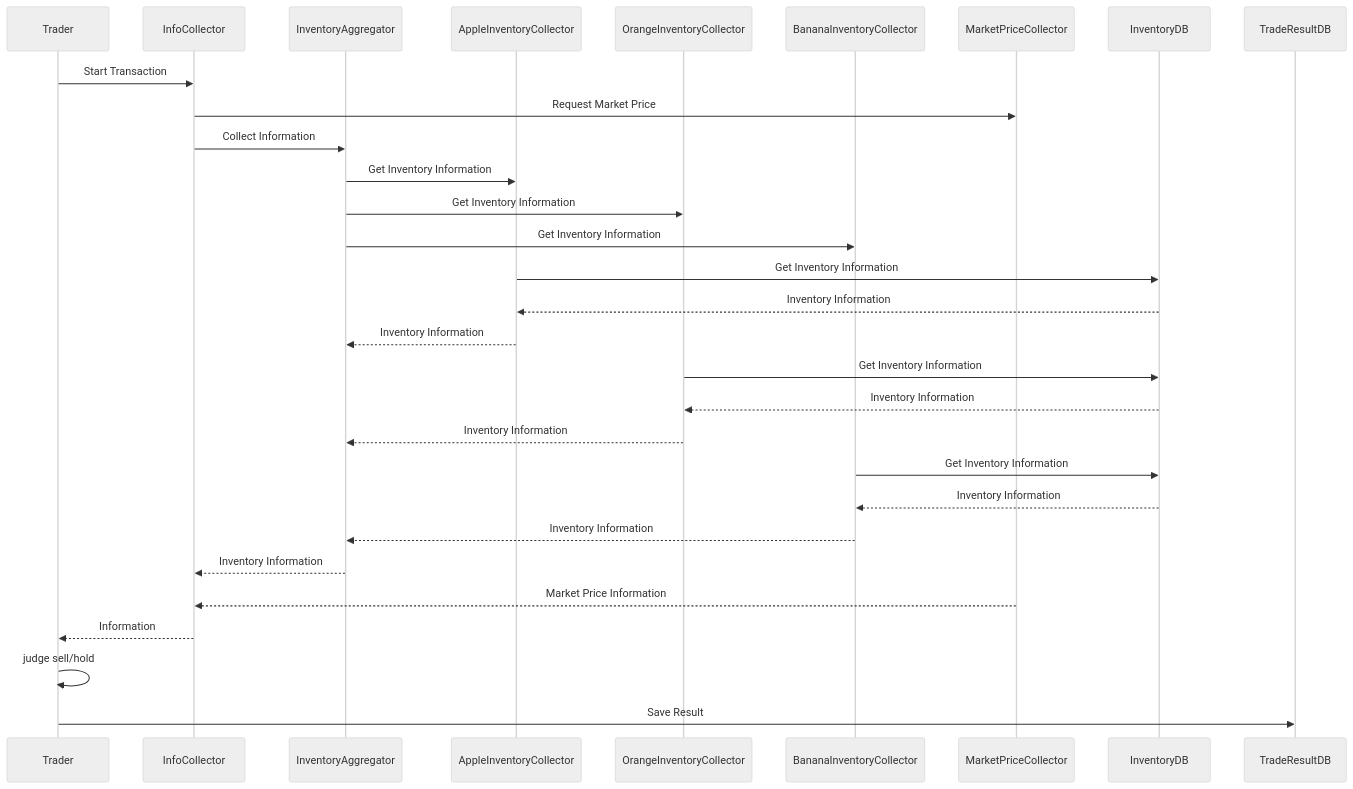
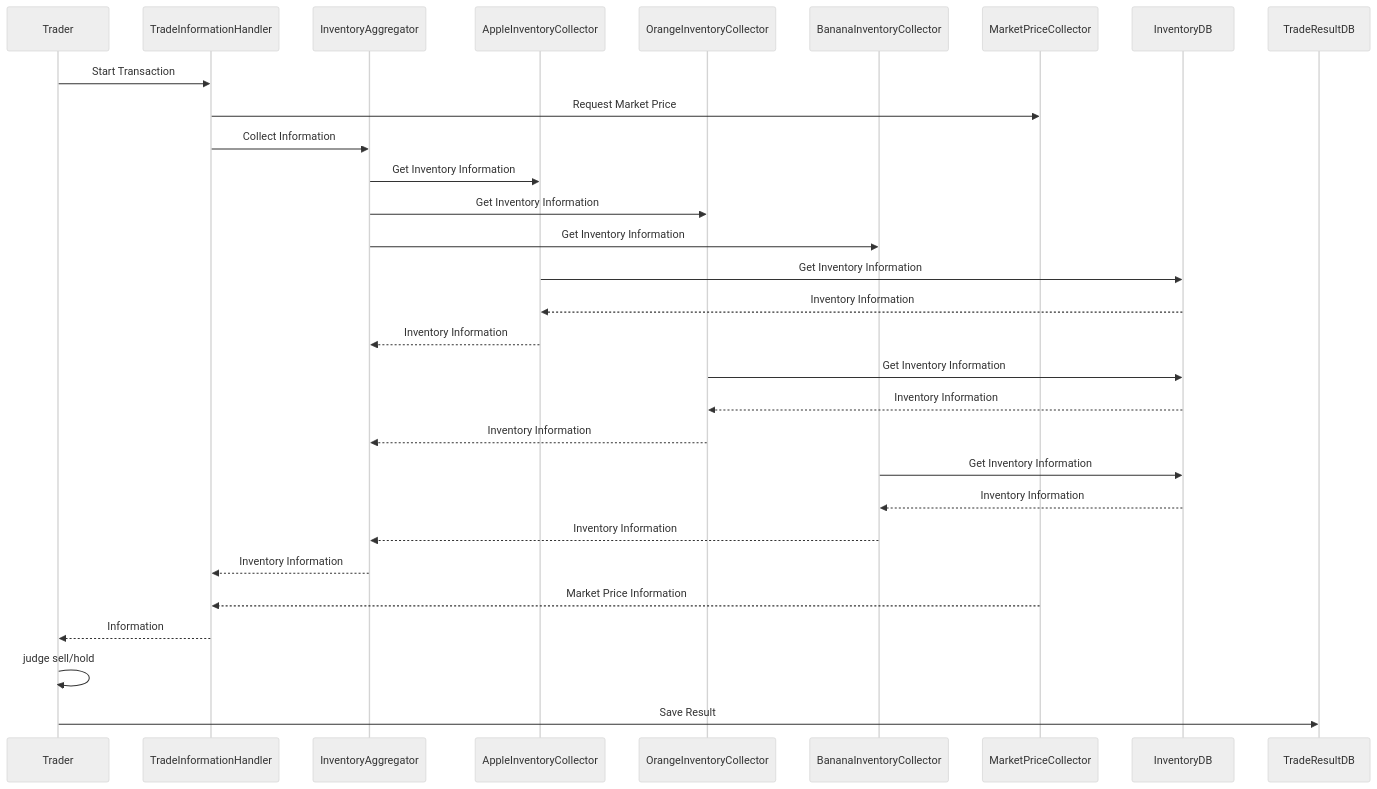
The second of 3 diagrams in README.md (tkhrk1010/fruits-trading-demo), drawn with Mermaid (neutral theme) before and after one commit. The commit also changed other lines of this file and 2 other files, not shown here.

Commit message:
mod: create handler and main call just handler

````diff
--- a/README.md
+++ b/README.md
@@ -20,34 +20,34 @@
 ```mermaid
 sequenceDiagram
   participant Trader
-  participant InfoCollector 
+  participant TradeInformationHandler 
   participant InventoryAggregator
   participant AppleInventoryCollector
   participant OrangeInventoryCollector
   participant BananaInventoryCollector
   participant MarketPriceCollector
   participant InventoryDB
   participant TradeResultDB
 
-  Trader ->> InfoCollector : Start Transaction
-  InfoCollector ->> MarketPriceCollector : Request Market Price
-  InfoCollector ->> InventoryAggregator : Collect Information
+  Trader ->> TradeInformationHandler : Start Transaction
+  TradeInformationHandler ->> MarketPriceCollector : Request Market Price
+  TradeInformationHandler ->> InventoryAggregator : Collect Information
   InventoryAggregator ->> AppleInventoryCollector : Get Inventory Information
   InventoryAggregator ->> OrangeInventoryCollector : Get Inventory Information
   InventoryAggregator ->> BananaInventoryCollector : Get Inventory Information
   AppleInventoryCollector ->> InventoryDB : Get Inventory Information
   InventoryDB -->> AppleInventoryCollector :  Inventory Information
   AppleInventoryCollector -->> InventoryAggregator : Inventory Information
   OrangeInventoryCollector ->> InventoryDB : Get Inventory Information
   InventoryDB -->> OrangeInventoryCollector :  Inventory Information
   OrangeInventoryCollector -->> InventoryAggregator : Inventory Information
   BananaInventoryCollector ->> InventoryDB : Get Inventory Information
   InventoryDB -->> BananaInventoryCollector :  Inventory Information
   BananaInventoryCollector -->> InventoryAggregator : Inventory Information
-  InventoryAggregator -->> InfoCollector : Inventory Information
-  MarketPriceCollector -->> InfoCollector : Market Price Information
-  InfoCollector -->> Trader : Information
+  InventoryAggregator -->> TradeInformationHandler : Inventory Information
+  MarketPriceCollector -->> TradeInformationHandler : Market Price Information
+  TradeInformationHandler -->> Trader : Information
   Trader ->> Trader : judge sell/hold
   Trader ->> TradeResultDB : Save Result
 
 ```
````
